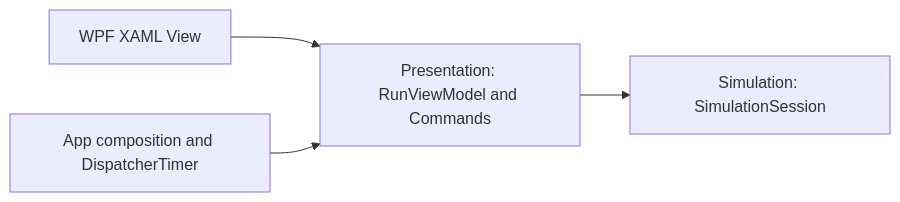
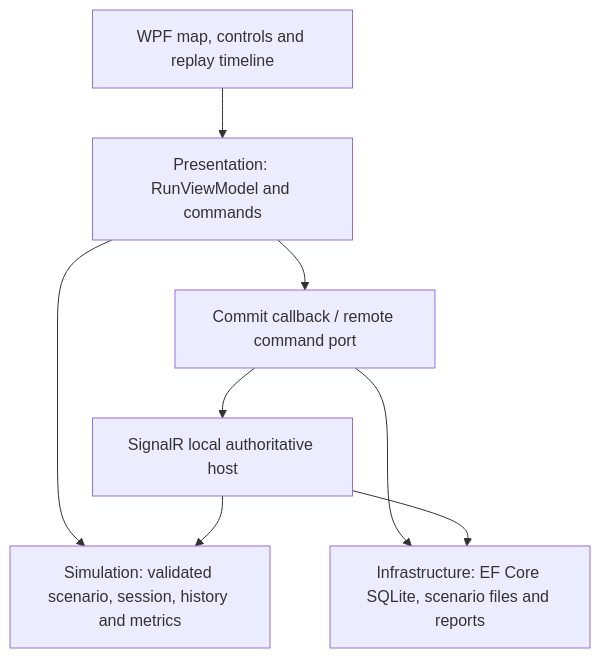
Before and after one commit to DevMursLab/aegis-sim-desktop: the diagram in docs/architecture.md, drawn with Mermaid. The commit also changed other lines of this file and 75 other files, not shown here.

Commit message:
feat(release): complete persisted replay, incidents, multiplayer and reports

````diff
--- a/docs/architecture.md
+++ b/docs/architecture.md
@@ -5,6 +3,10 @@
 ```mermaid
-flowchart LR
-    View[WPF XAML View] --> VM[Presentation: RunViewModel and Commands]
-    VM --> Domain[Simulation: SimulationSession]
-    App[App composition and DispatcherTimer] --> VM
+flowchart TD
+    W[WPF map, controls and replay timeline] --> P[Presentation: RunViewModel and commands]
+    P --> D[Simulation: validated scenario, session, history and metrics]
+    P --> Port[Commit callback / remote command port]
+    Port --> DB[Infrastructure: EF Core SQLite, scenario files and reports]
+    Port --> H[SignalR local authoritative host]
+    H --> D
+    H --> DB
 ```
````
